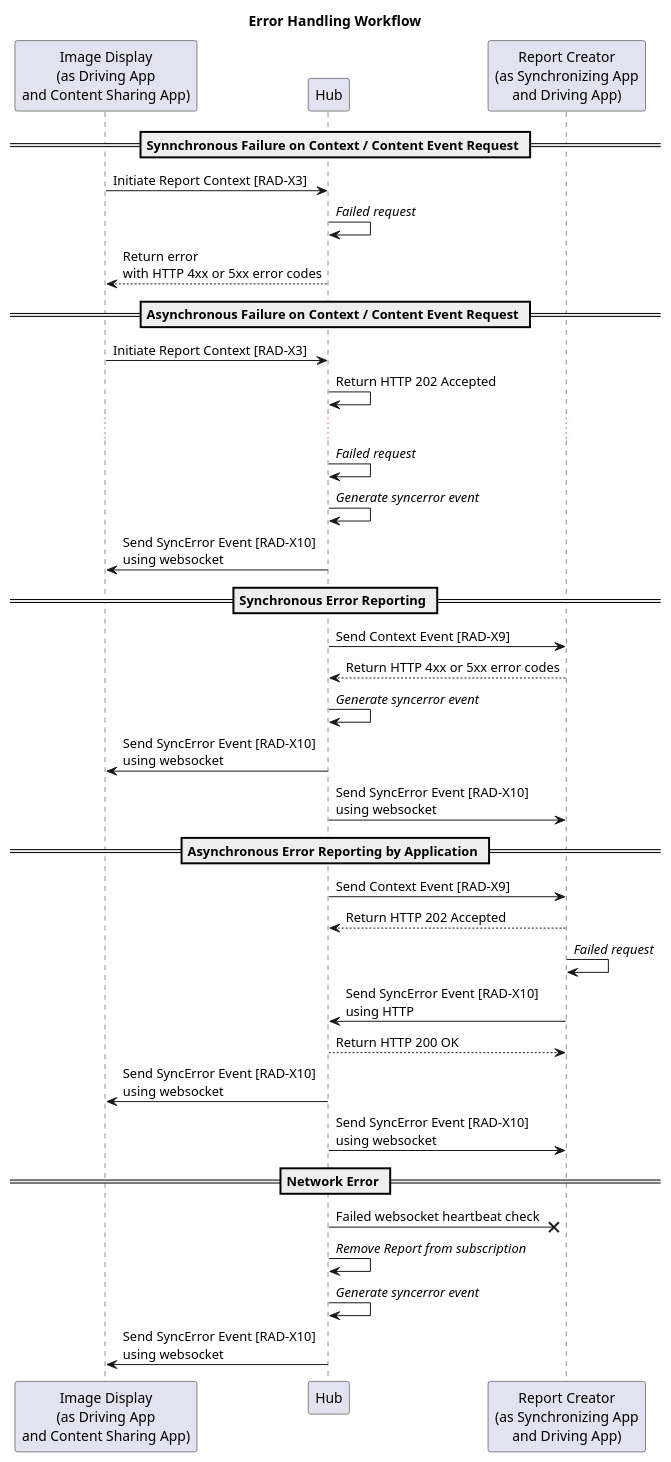
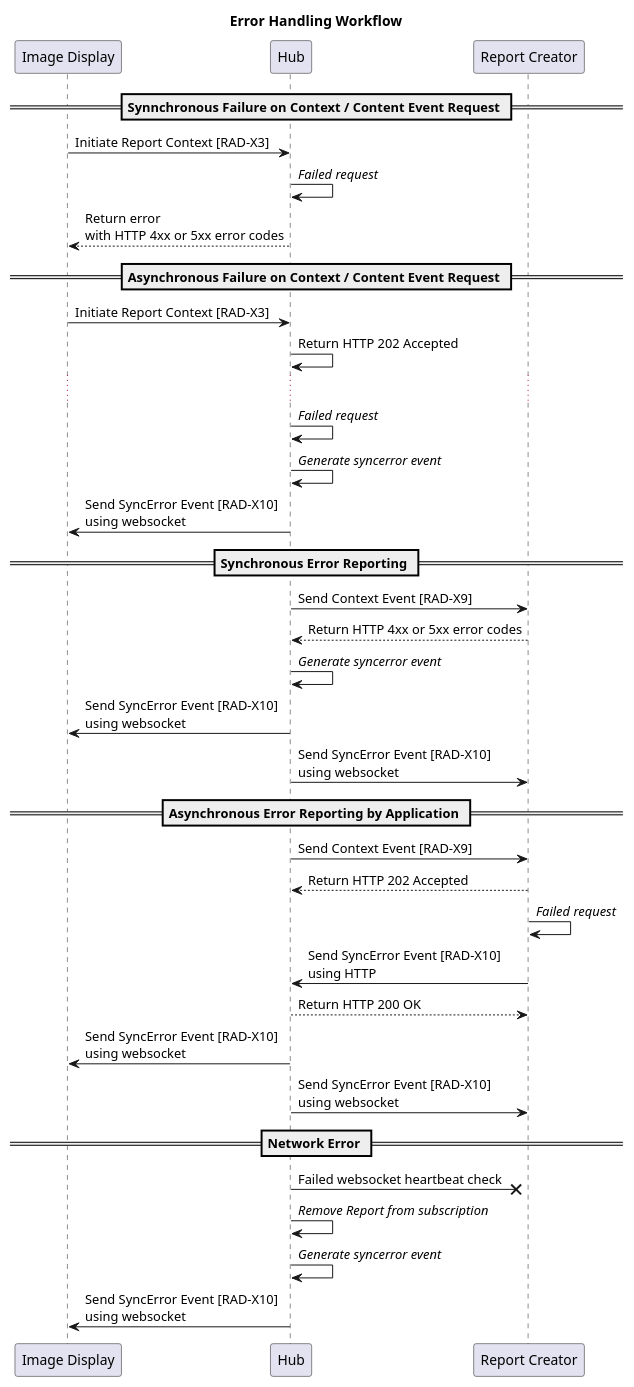
One commit to IHE/RAD.IRA changed the diagram in input/images-source/syncerror.plantuml. Above: the diagram before and after it, drawn with PlantUML. The commit also changed 9 other files, not shown here.

```diff
--- a/input/images-source/syncerror.plantuml
+++ b/input/images-source/syncerror.plantuml
@@ -1,46 +1,46 @@
 @startuml syncerror
 
 title Error Handling Workflow
 
-participant "Image Display\n(as Driving App\nand Content Sharing App)" as PACS
+participant "Image Display" as PACS
 participant "Hub" as Hub
-participant "Report Creator\n(as Synchronizing App\nand Driving App)" as Report
+participant "Report Creator" as Report
 
 == Synnchronous Failure on Context / Content Event Request ==
 
 PACS->Hub: Initiate Report Context [RAD-X3]
 Hub->Hub: //Failed request//
 Hub-->PACS: Return error\nwith HTTP 4xx or 5xx error codes
 
 == Asynchronous Failure on Context / Content Event Request ==
 
 PACS->Hub: Initiate Report Context [RAD-X3]
 Hub->Hub: Return HTTP 202 Accepted
 ...
 Hub->Hub: //Failed request// 
 Hub->Hub: //Generate syncerror event//
 Hub->PACS: Send SyncError Event [RAD-X10]\nusing websocket
 
 == Synchronous Error Reporting ==
 Hub->Report: Send Context Event [RAD-X9]
 Report-->Hub: Return HTTP 4xx or 5xx error codes
 Hub->Hub: //Generate syncerror event//
 Hub->PACS: Send SyncError Event [RAD-X10]\nusing websocket
 Hub->Report: Send SyncError Event [RAD-X10]\nusing websocket
 
 == Asynchronous Error Reporting by Application ==
 Hub->Report: Send Context Event [RAD-X9]
 Report-->Hub: Return HTTP 202 Accepted
 Report->Report: //Failed request//
 Report->Hub: Send SyncError Event [RAD-X10]\nusing HTTP
 Hub-->Report: Return HTTP 200 OK
 Hub->PACS: Send SyncError Event [RAD-X10]\nusing websocket
 Hub->Report: Send SyncError Event [RAD-X10]\nusing websocket
 
 == Network Error ==
 Hub->x Report: Failed websocket heartbeat check
 Hub->Hub: //Remove Report from subscription//
 Hub->Hub: //Generate syncerror event//
 Hub->PACS: Send SyncError Event [RAD-X10]\nusing websocket
 
 @enduml
```
